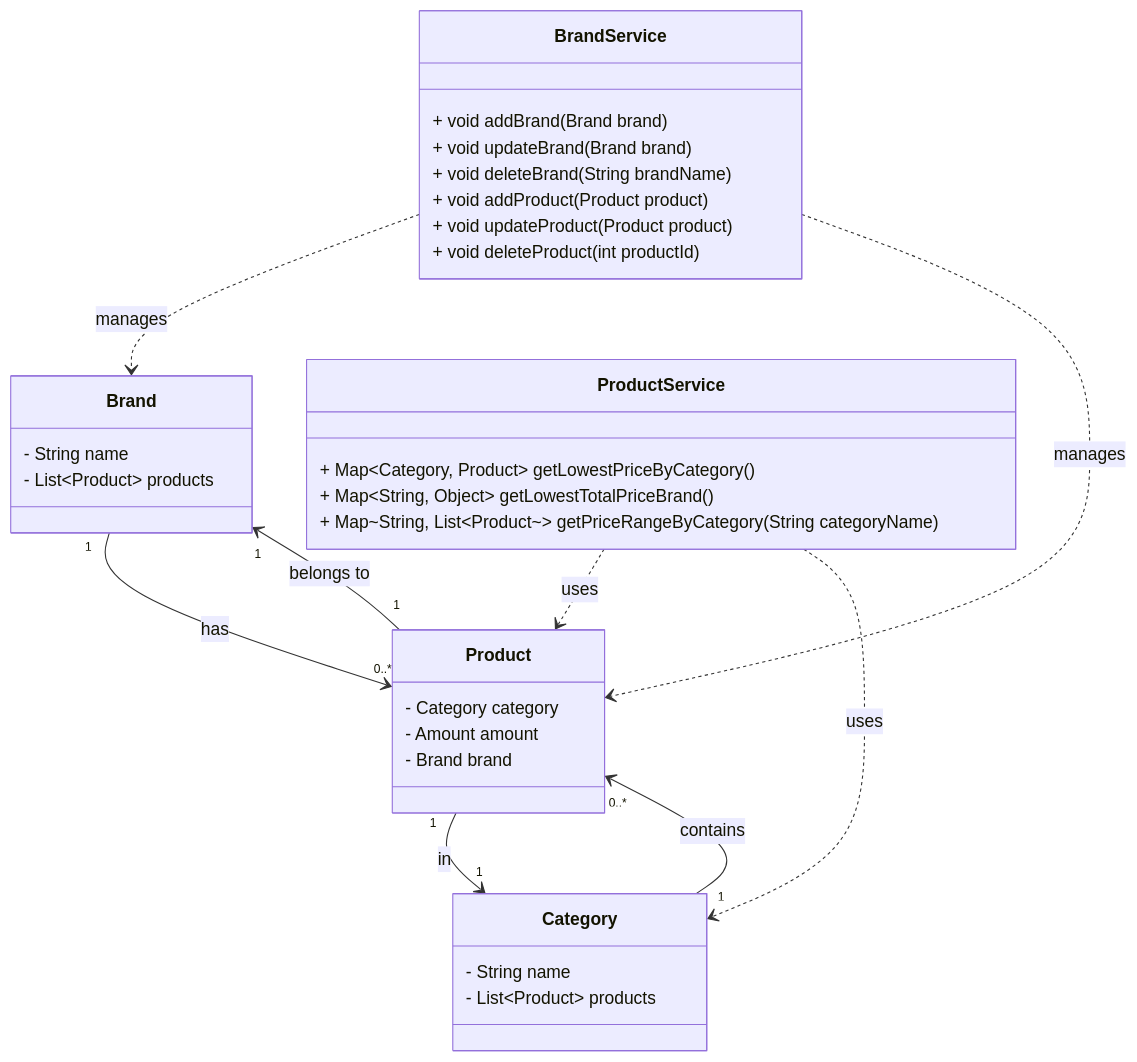
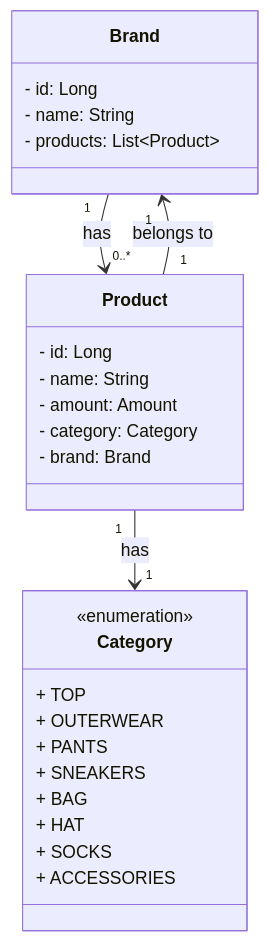
One commit to joeswe0/coordination changed the diagram in uml.mermaid. Above: the diagram before and after it, drawn with Mermaid.

Commit message:
docs: uml 수정

```diff
--- a/uml.mermaid
+++ b/uml.mermaid
@@ -1,42 +1,30 @@
 classDiagram
     class Brand {
-        - String name
-        - List~Product~ products
+        - id: Long
+        - name: String
+        - products: List~Product~
     }
 
     class Product {
-        - Category category
-        - Amount amount
-        - Brand brand
+        - id: Long
+        - name: String
+        - amount: Amount
+        - category: Category
+        - brand: Brand
     }
 
     class Category {
-        - String name
-        - List~Product~ products
+        <<enumeration>>
+        + TOP
+        + OUTERWEAR
+        + PANTS
+        + SNEAKERS
+        + BAG
+        + HAT
+        + SOCKS
+        + ACCESSORIES
     }
 
-    class ProductService {
-        + Map~Category, Product~ getLowestPriceByCategory()
-        + Map~String, Object~ getLowestTotalPriceBrand()
-        + Map~String, List~Product~~ getPriceRangeByCategory(String categoryName)
-    }
-
-    class BrandService {
-        + void addBrand(Brand brand)
-        + void updateBrand(Brand brand)
-        + void deleteBrand(String brandName)
-        + void addProduct(Product product)
-        + void updateProduct(Product product)
-        + void deleteProduct(int productId)
-    }
-
-%% 관계 설정
     Brand "1" --> "0..*" Product : has
-    Category "1" --> "0..*" Product : contains
     Product "1" --> "1" Brand : belongs to
-    Product "1" --> "1" Category : in
-
-    ProductService ..> Product : uses
-    ProductService ..> Category : uses
-    BrandService ..> Brand : manages
-    BrandService ..> Product : manages
+    Product "1" --> "1" Category : has
```
